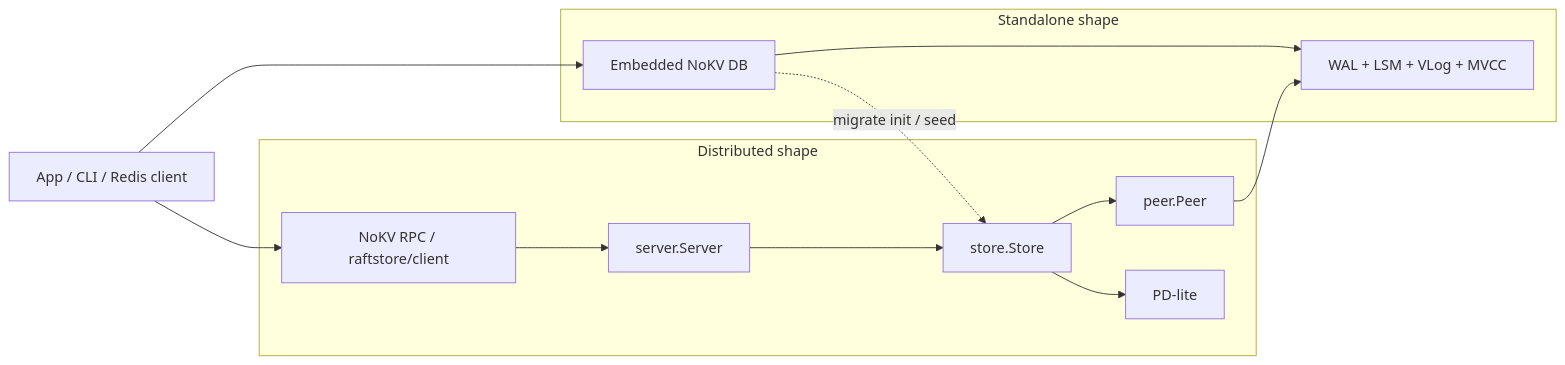
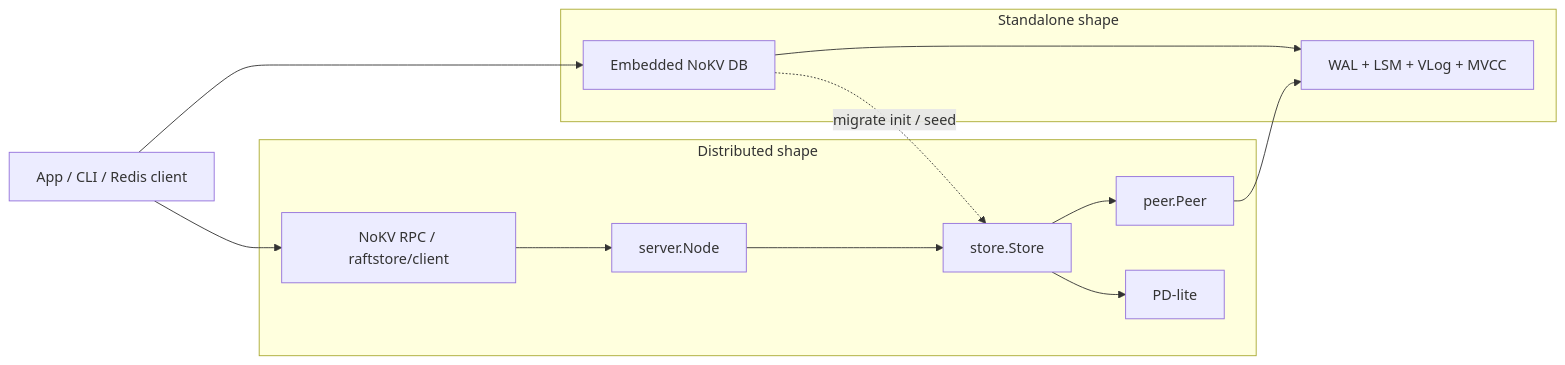
Before and after one commit to feichai0017/NoKV: the first of 2 diagrams in docs/architecture.md, drawn with Mermaid. The commit also changed other lines of this file and 60 other files, not shown here.

````diff
--- a/docs/architecture.md
+++ b/docs/architecture.md
@@ -56,20 +56,20 @@
 ```mermaid
 flowchart LR
     App["App / CLI / Redis client"]
     App --> Embedded["Embedded NoKV DB"]
     App --> RPC["NoKV RPC / raftstore/client"]
 
     subgraph "Standalone shape"
         Embedded --> Core["WAL + LSM + VLog + MVCC"]
     end
 
     subgraph "Distributed shape"
-        RPC --> Server["server.Server"]
+        RPC --> Server["server.Node"]
         Server --> Store["store.Store"]
         Store --> Peer["peer.Peer"]
         Peer --> Core
         Store --> PD["PD-lite"]
     end
 
     Embedded -. migrate init / seed .-> Store
 ```
````
